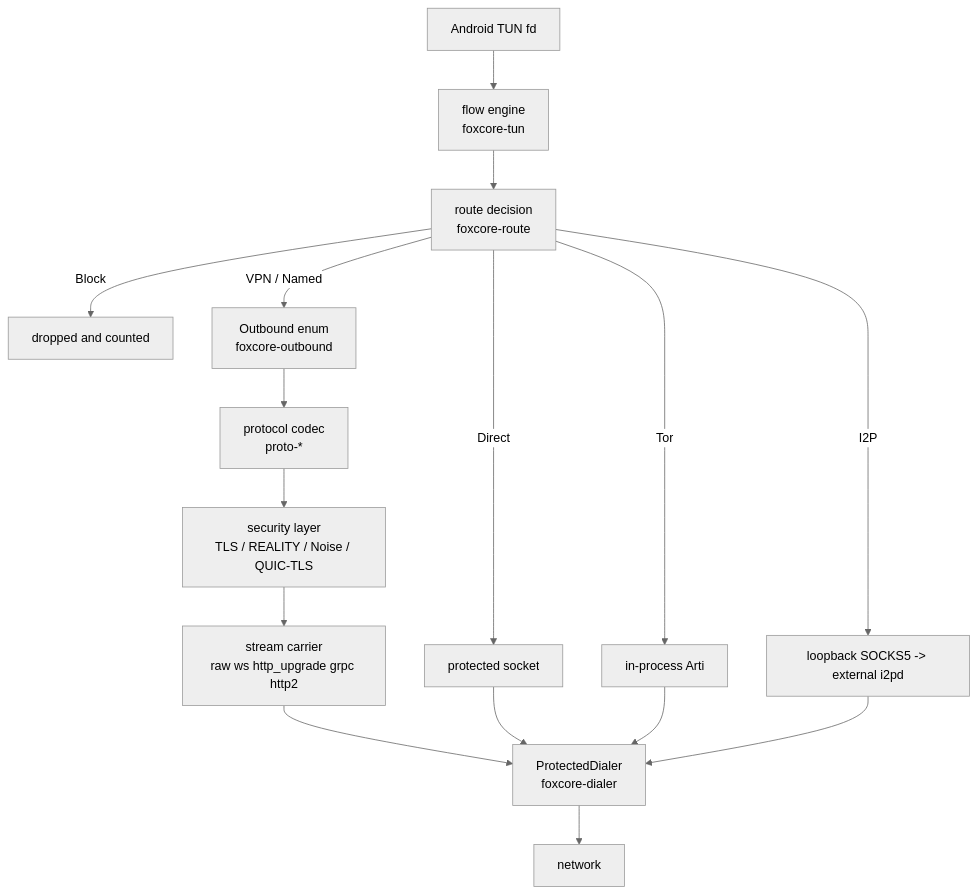
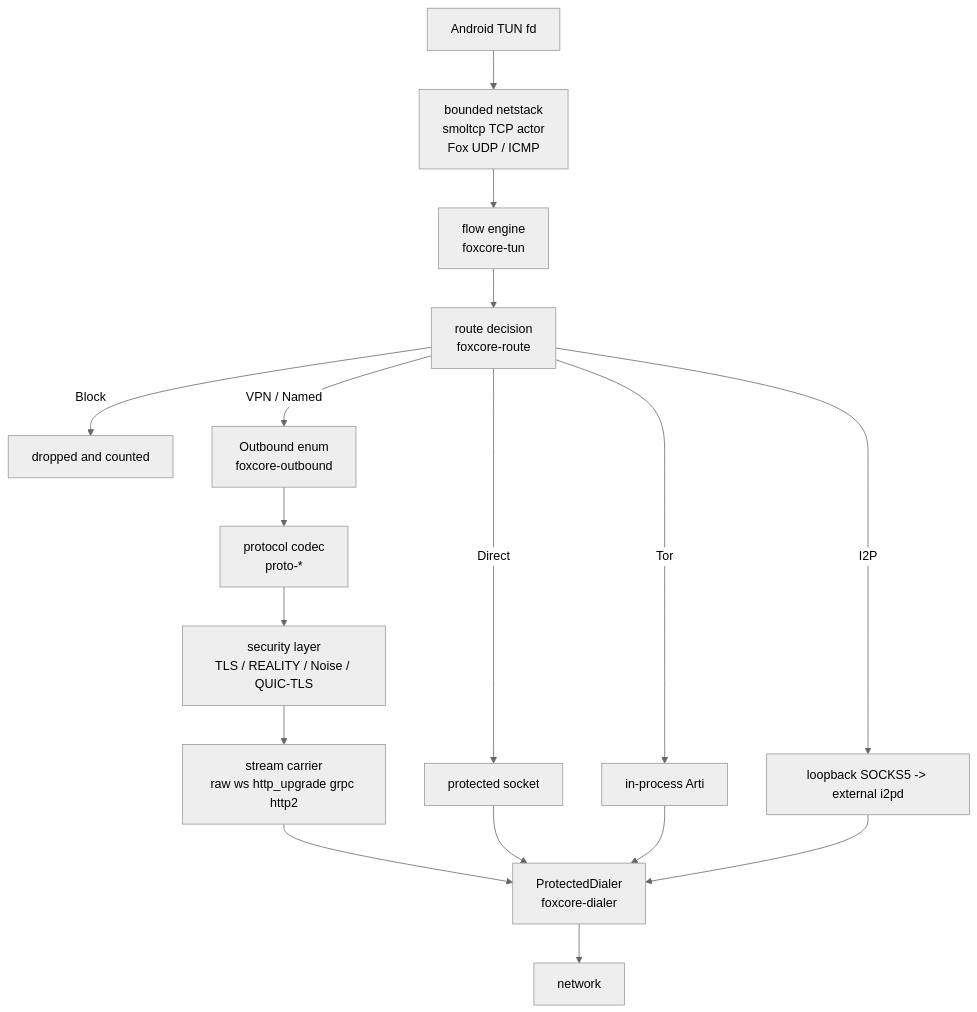
The first of 5 diagrams in docs/architecture/01-protocols.md (foxhole-team/foxhole-core), drawn with Mermaid (neutral theme) before and after one commit. The commit also changed other lines of this file and 58 other files, not shown here.

Commit message:
Replace embedded IP stack with bounded smoltcp actor

````diff
--- a/docs/architecture/01-protocols.md
+++ b/docs/architecture/01-protocols.md
@@ -9,19 +9,20 @@
 ```mermaid
 flowchart TD
-    TUN["Android TUN fd"] --> FE["flow engine<br/>foxcore-tun"]
+    TUN["Android TUN fd"] --> NS["bounded netstack<br/>smoltcp TCP actor<br/>Fox UDP / ICMP"]
+    NS --> FE["flow engine<br/>foxcore-tun"]
     FE --> RT["route decision<br/>foxcore-route"]
     RT -->|Block| BLK["dropped and counted"]
     RT -->|Direct| DIR["protected socket"]
     RT -->|VPN / Named| OB["Outbound enum<br/>foxcore-outbound"]
     RT -->|Tor| TOR["in-process Arti"]
     RT -->|I2P| I2P["loopback SOCKS5 -> external i2pd"]
 
     OB --> L1["protocol codec<br/>proto-*"]
     L1 --> L2["security layer<br/>TLS / REALITY / Noise / QUIC-TLS"]
     L2 --> L3["stream carrier<br/>raw ws http_upgrade grpc http2"]
     L3 --> DIALER["ProtectedDialer<br/>foxcore-dialer"]
     DIR --> DIALER
     TOR --> DIALER
     I2P --> DIALER
     DIALER --> NET["network"]
 ```
````
